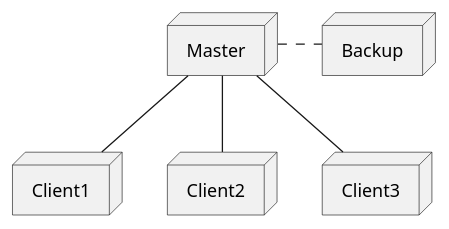
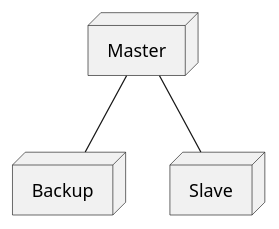
Before and after one commit to mmshabab90/TTK4145-1: the first of 4 diagrams in diagrams/diagrams.org, drawn with PlantUML. The commit also changed other lines of this file and 6 other files, not shown here.

```diff
--- a/diagrams/diagrams.org
+++ b/diagrams/diagrams.org
@@ -3,13 +3,9 @@
 #+begin_src plantuml :file master-client.png
 Node Master
-Node Backup
-Node Client1
-Node Client2
-Node Client3
+Node Client1 as "Backup"
+Node Client2 as "Slave"
 
-Master -right.. Backup
 Master -- Client1
 Master -- Client2
-Master -- Client3
 
 #+end_src
```
